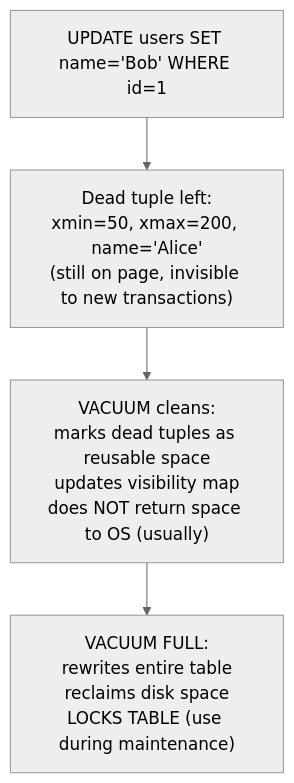
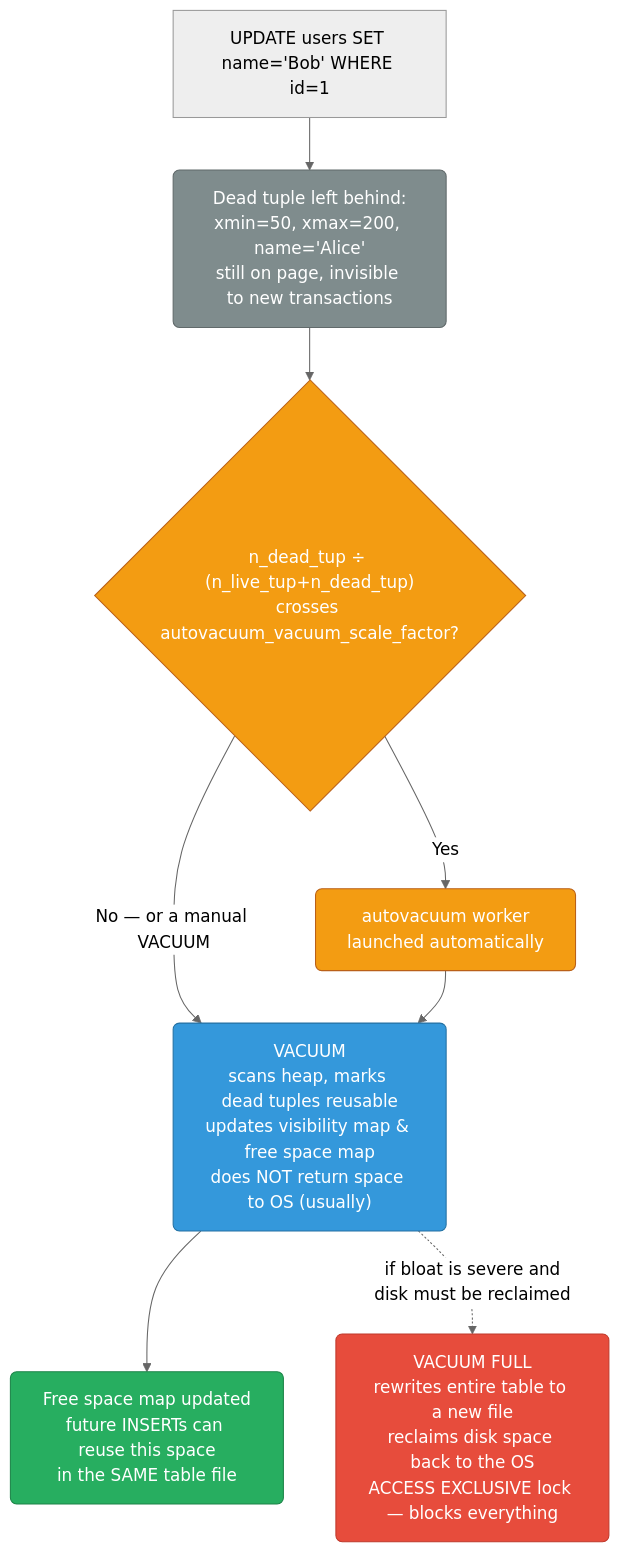
Before and after one commit to deepanshu-rawat6/DevOpsIndex: the ninth of 11 diagrams in databases/postgres-internals.md, drawn with Mermaid (neutral theme). The commit also changed other lines of this file and 7 other files, not shown here.

````diff
--- a/databases/postgres-internals.md
+++ b/databases/postgres-internals.md
@@ -322,6 +639,19 @@
 ```mermaid
 graph TD
-    UPDATE["UPDATE users SET name='Bob' WHERE id=1"] --> DEAD["Dead tuple left:<br>xmin=50, xmax=200, name='Alice'<br>(still on page, invisible to new transactions)"]
-    DEAD --> VACUUM["VACUUM cleans:<br>marks dead tuples as reusable space<br>updates visibility map<br>does NOT return space to OS (usually)"]
-    VACUUM --> VF["VACUUM FULL:<br>rewrites entire table<br>reclaims disk space<br>LOCKS TABLE (use during maintenance)"]
+    classDef dead fill:#7f8c8d,stroke:#616a6b,color:#fff,rx:6
+    classDef live fill:#27ae60,stroke:#1e8449,color:#fff,rx:6
+    classDef trigger fill:#f39c12,stroke:#ba6018,color:#fff,rx:6
+    classDef vac fill:#3498db,stroke:#2471a3,color:#fff,rx:6
+    classDef full fill:#e74c3c,stroke:#c0392b,color:#fff,rx:6
+
+    UPDATE["UPDATE users SET name='Bob' WHERE id=1"] --> DEAD["Dead tuple left behind:<br/>xmin=50, xmax=200, name='Alice'<br/>still on page, invisible to new transactions"]:::dead
+
+    DEAD --> THRESH{"n_dead_tup ÷ (n_live_tup+n_dead_tup)<br/>crosses autovacuum_vacuum_scale_factor?"}:::trigger
+    THRESH -->|Yes| AUTOVAC["autovacuum worker<br/>launched automatically"]:::trigger
+    THRESH -->|"No — or a manual VACUUM"| VACUUM
+
+    AUTOVAC --> VACUUM["VACUUM<br/>scans heap, marks dead tuples reusable<br/>updates visibility map & free space map<br/>does NOT return space to OS (usually)"]:::vac
+    VACUUM --> FSM["Free space map updated<br/>future INSERTs can reuse this space<br/>in the SAME table file"]:::live
+
+    VACUUM -.->|"if bloat is severe and<br/>disk must be reclaimed"| VF["VACUUM FULL<br/>rewrites entire table to a new file<br/>reclaims disk space back to the OS<br/>ACCESS EXCLUSIVE lock — blocks everything"]:::full
 ```
````
